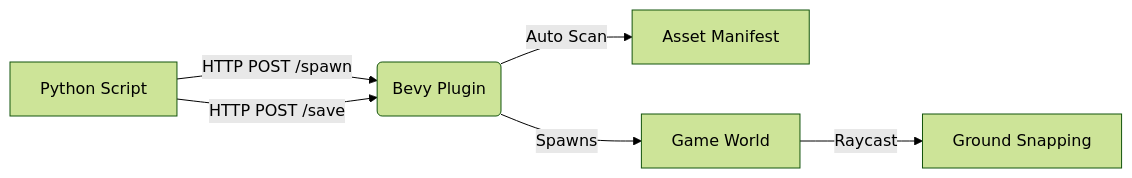
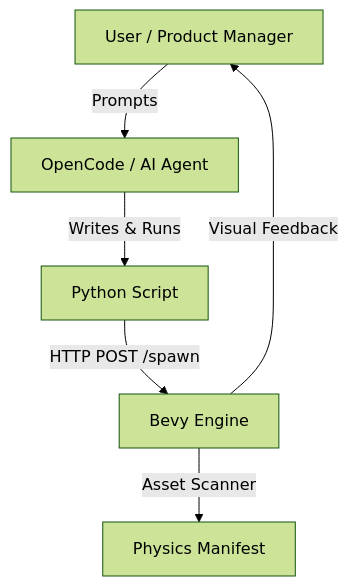
The diagram in README.md (cats2333/bevy_ai_editor), drawn with Mermaid (forest theme) before and after one commit. The commit also changed other lines of this file, not shown here.

Commit message:
docs: clarify OpenCode role in architecture

````diff
--- a/README.md
+++ b/README.md
@@ -25,8 +37,8 @@
 ```mermaid
-graph LR
-    A[Python Script] -- HTTP POST /spawn --> B(Bevy Plugin)
-    A -- HTTP POST /save --> B
-    B -- Auto Scan --> C[Asset Manifest]
-    B -- Spawns --> D[Game World]
-    D -- Raycast --> E[Ground Snapping]
+graph TD
+    User[User / Product Manager] -->|Prompts| AI[OpenCode / AI Agent]
+    AI -->|Writes & Runs| Py[Python Script]
+    Py -- HTTP POST /spawn --> Bevy[Bevy Engine]
+    Bevy -- Asset Scanner --> Manifest[Physics Manifest]
+    Bevy -->|Visual Feedback| User
 ```
````
